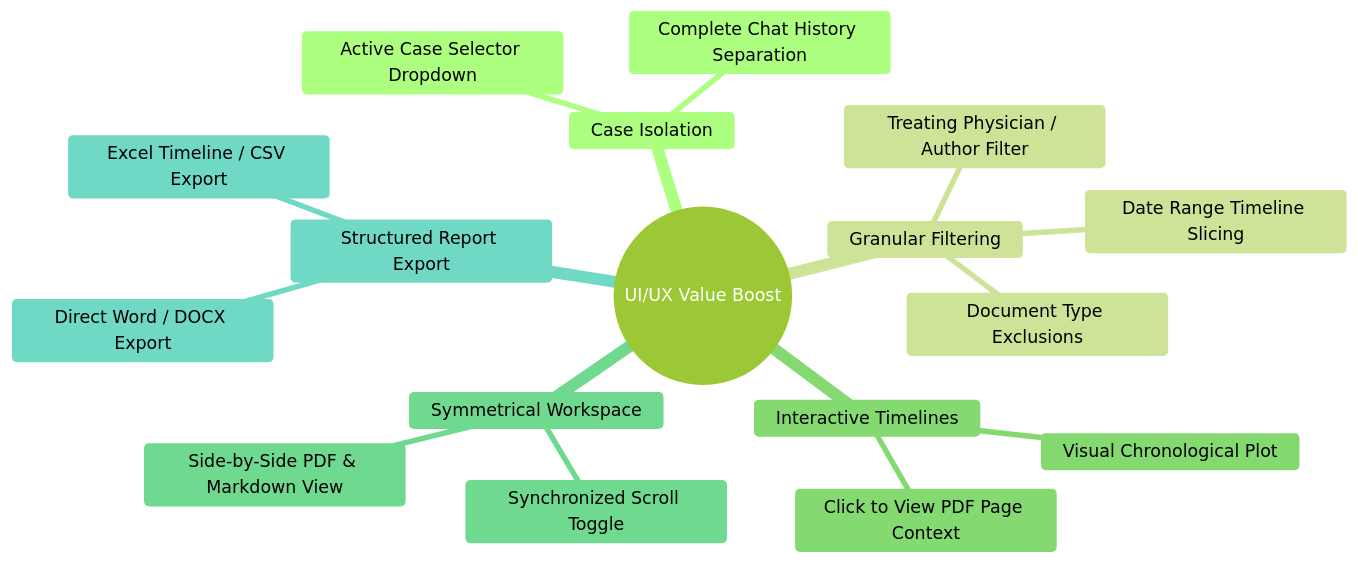
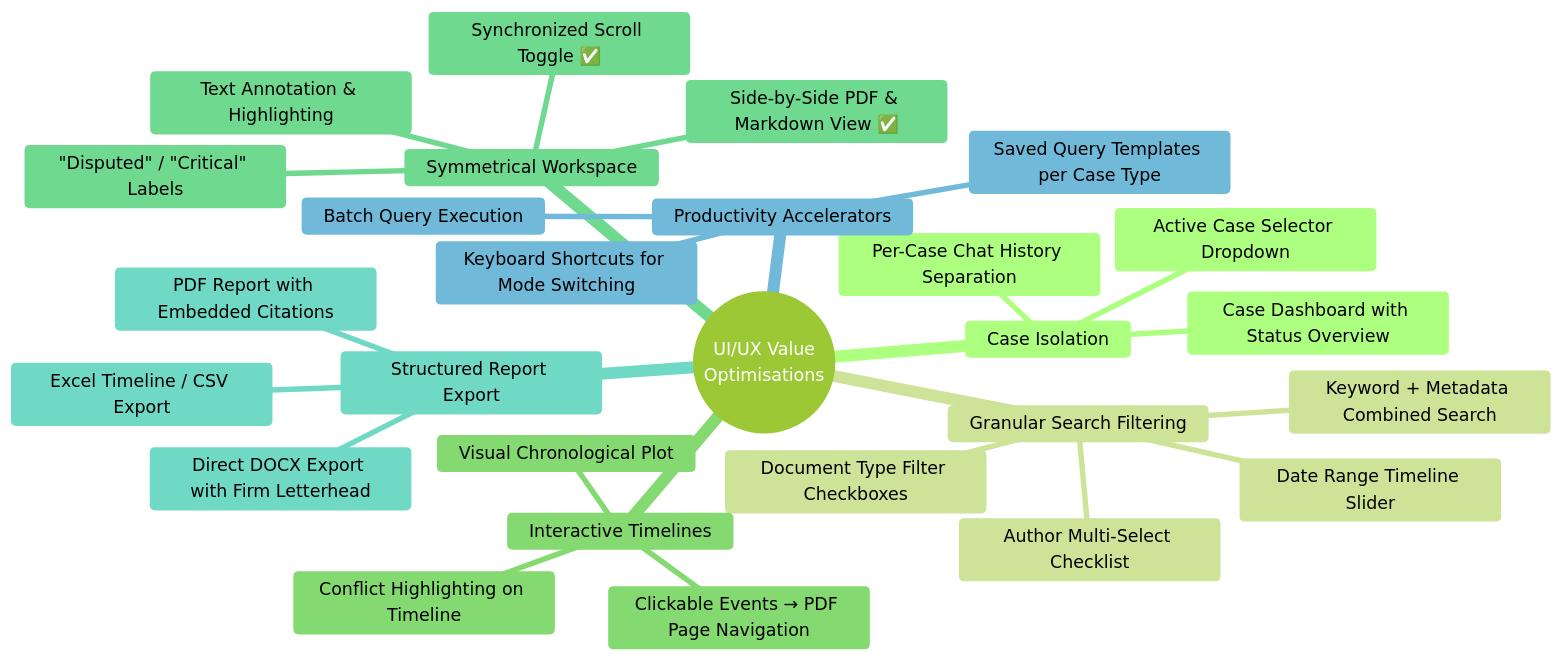
The third of 3 diagrams in medicolegal_rag_guide.md (r70pro/CORAG), drawn with Mermaid (forest theme) before and after one commit. The commit also changed other lines of this file and 12 other files, not shown here.

````diff
--- a/medicolegal_rag_guide.md
+++ b/medicolegal_rag_guide.md
@@ -205,20 +502,30 @@
 ```mermaid
 mindmap
-  root((UI/UX Value Boost))
+  root(("UI/UX Value<br/>Optimisations"))
     Case Isolation
       Active Case Selector Dropdown
-      Complete Chat History Separation
-    Granular Filtering
-      Treating Physician / Author Filter
-      Date Range Timeline Slicing
-      Document Type Exclusions
+      Per-Case Chat History Separation
+      Case Dashboard with Status Overview
+    Granular Search Filtering
+      Author Multi-Select Checklist
+      Document Type Filter Checkboxes
+      Date Range Timeline Slider
+      Keyword + Metadata Combined Search
     Interactive Timelines
       Visual Chronological Plot
-      Click to View PDF Page Context
+      Clickable Events → PDF Page Navigation
+      Conflict Highlighting on Timeline
     Symmetrical Workspace
-      Side-by-Side PDF & Markdown View
-      Synchronized Scroll Toggle
+      Side-by-Side PDF & Markdown View ✅
+      Synchronized Scroll Toggle ✅
+      Text Annotation & Highlighting
+      "Disputed" / "Critical" Labels
     Structured Report Export
-      Direct Word / DOCX Export
+      Direct DOCX Export with Firm Letterhead
       Excel Timeline / CSV Export
+      PDF Report with Embedded Citations
+    Productivity Accelerators
+      Keyboard Shortcuts for Mode Switching
+      Saved Query Templates per Case Type
+      Batch Query Execution
 ```
````
